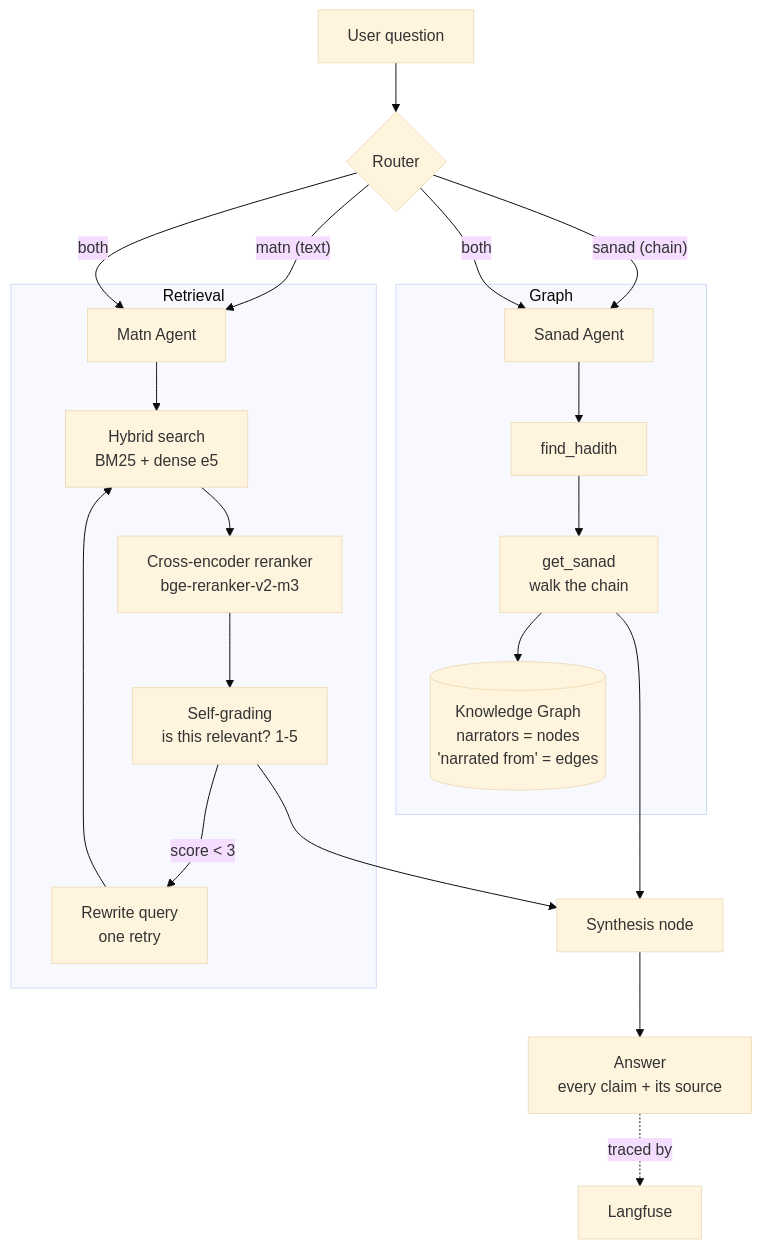
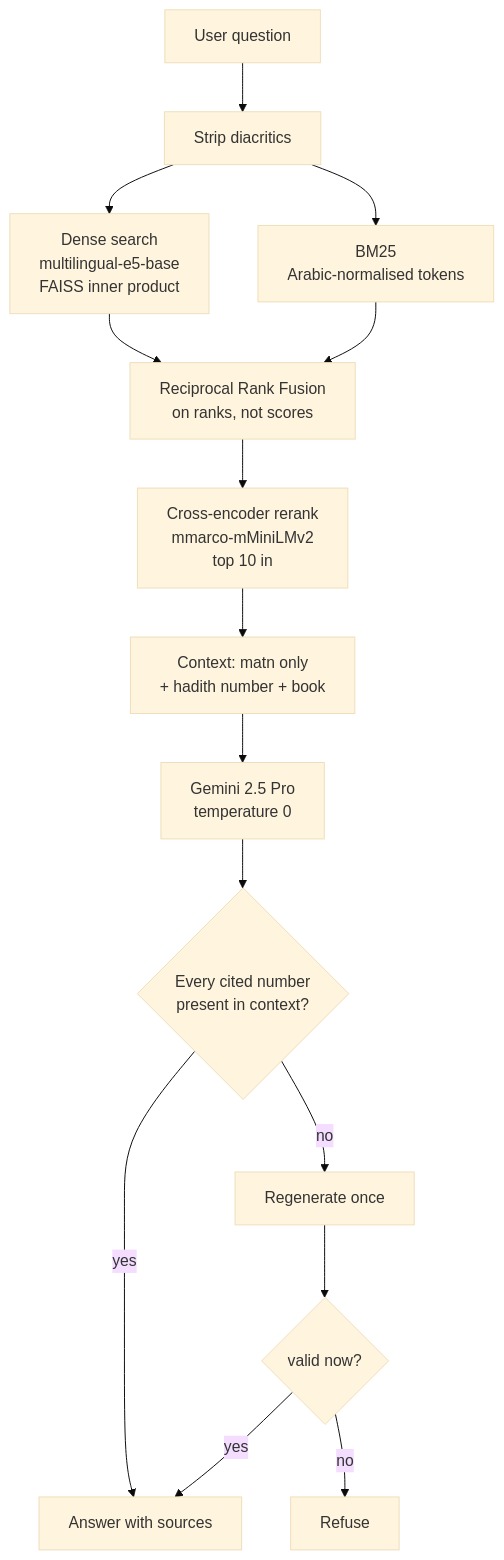
The diagram in README.md (asmaasamyhagag22-design/Hadith-Agentic-GraphRAG), drawn with Mermaid (base theme) before and after one commit. The commit also changed other lines of this file and 19 other files, not shown here.

````diff
--- a/README.md
+++ b/README.md
@@ -27,28 +23,22 @@
 ```mermaid
 flowchart TD
-    Q[User question] --> R{Router}
+    Q[User question] --> N[Strip diacritics]
 
-    R -- "matn (text)" --> MA[Matn Agent]
-    R -- "sanad (chain)" --> SA[Sanad Agent]
-    R -- "both" --> MA & SA
+    N --> D[Dense search<br/>multilingual-e5-base<br/>FAISS inner product]
+    N --> B[BM25<br/>Arabic-normalised tokens]
 
-    subgraph Retrieval
-      MA --> H[Hybrid search<br/>BM25 + dense e5]
-      H --> RR[Cross-encoder reranker<br/>bge-reranker-v2-m3]
-      RR --> G1[Self-grading<br/>is this relevant? 1-5]
-      G1 -- "score &lt; 3" --> RW[Rewrite query<br/>one retry]
-      RW --> H
-    end
+    D --> F[Reciprocal Rank Fusion<br/>on ranks, not scores]
+    B --> F
 
-    subgraph Graph
-      SA --> F[find_hadith]
-      F --> GS[get_sanad<br/>walk the chain]
-      GS --> KG[(Knowledge Graph<br/>narrators = nodes<br/>'narrated from' = edges)]
-    end
+    F --> RR[Cross-encoder rerank<br/>mmarco-mMiniLMv2<br/>top 10 in]
 
-    G1 --> S[Synthesis node]
-    GS --> S
-    S --> A[Answer<br/>every claim + its source]
+    RR --> C[Context: matn only<br/>+ hadith number + book]
+    C --> G[Gemini 2.5 Pro<br/>temperature 0]
 
-    A -.traced by.-> LF[Langfuse]
+    G --> V{Every cited number<br/>present in context?}
+    V -- yes --> A[Answer with sources]
+    V -- no --> R2[Regenerate once]
+    R2 --> V2{valid now?}
+    V2 -- yes --> A
+    V2 -- no --> X[Refuse]
 ```
````
